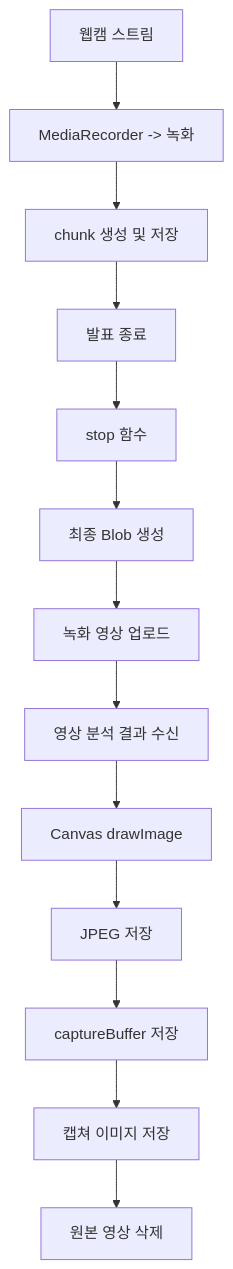
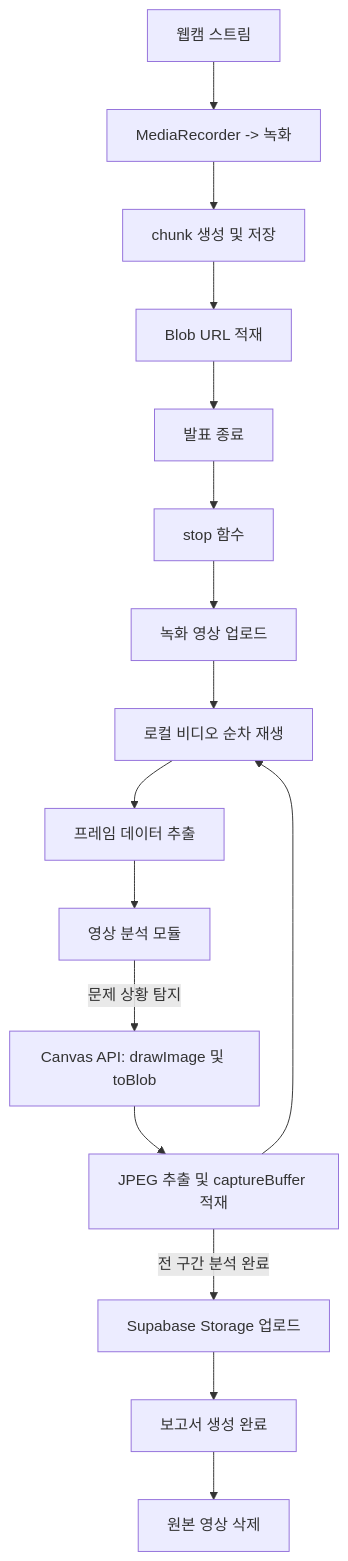
Before and after one commit to aikian/presentation: the first of 2 diagrams in DSD.md, drawn with Mermaid. The commit also changed other lines of this file, not shown here.

````diff
--- a/DSD.md
+++ b/DSD.md
@@ -269,15 +272,20 @@
 ```mermaid
 flowchart TD
     A[웹캠 스트림] --> B[MediaRecorder -> 녹화]
     B --> C[chunk 생성 및 저장]
-    C --> D[발표 종료]
-    D --> E[stop 함수]
-    E --> F[최종 Blob 생성]
+    C --> D[Blob URL 적재]
+    D --> E[발표 종료]
+    E --> F[stop 함수]
     F --> G[녹화 영상 업로드]
-    G --> H[영상 분석 결과 수신]
-    H --> I[Canvas drawImage]
-    I --> J[JPEG 저장]
-    J --> K[captureBuffer 저장]
-    K --> L[캡쳐 이미지 저장]
-    L --> M[원본 영상 삭제]
+    G --> H[로컬 비디오 순차 재생]
+
+    H --> I[프레임 데이터 추출]
+    I --> J[영상 분석 모듈]
+    J --> |문제 상황 탐지| K[Canvas API: drawImage 및 toBlob]
+    K --> L[JPEG 추출 및 captureBuffer 적재]
+    L --> H
+
+    L -->|전 구간 분석 완료| M[Supabase Storage 업로드]
+    M --> N[보고서 생성 완료]
+    N --> O[원본 영상 삭제]
 ```
````
